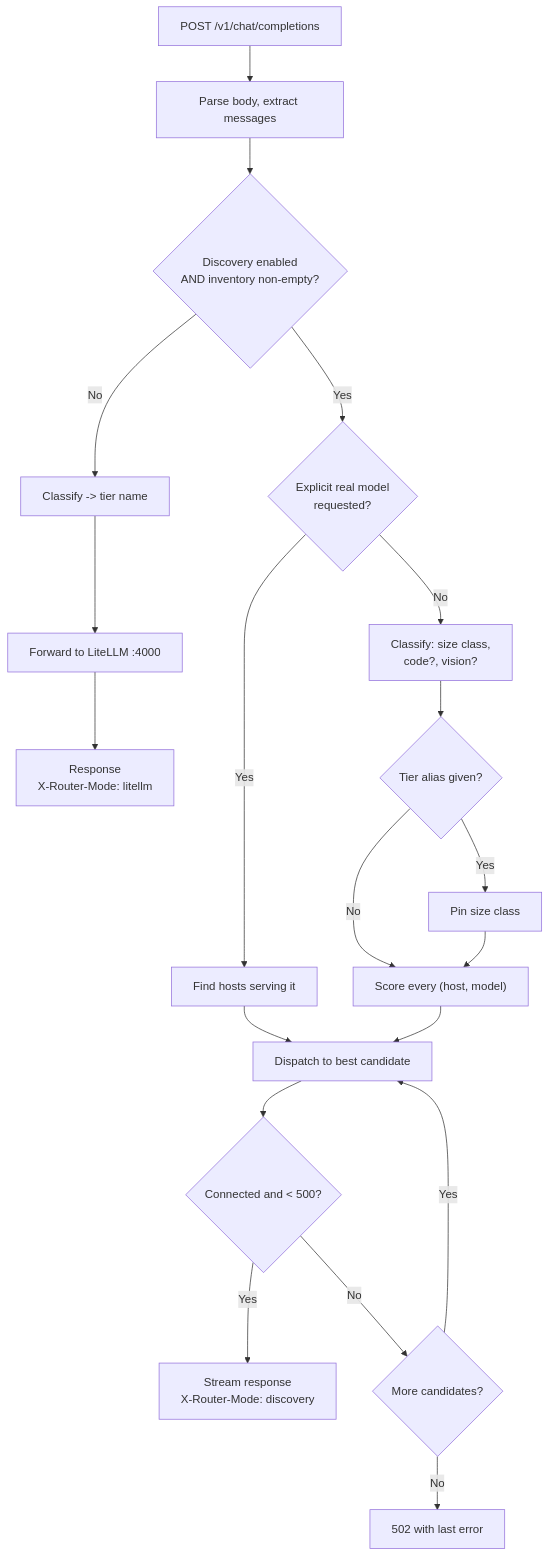
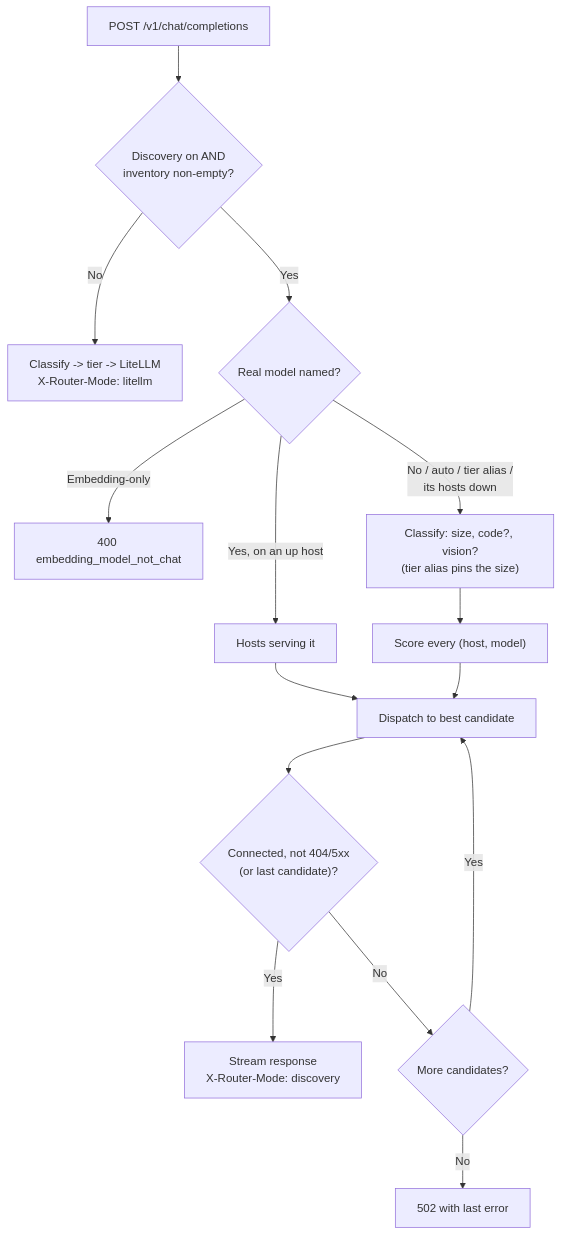
One commit to wwarren/osr changed the third of 4 diagrams in ARCHITECTURE.md. Above: the diagram before and after it, drawn with Mermaid. The commit also changed other lines of this file and 55 other files, not shown here.

````diff
--- a/ARCHITECTURE.md
+++ b/ARCHITECTURE.md
@@ -220,23 +204,17 @@
 ```mermaid
 flowchart TD
-    start["POST /v1/chat/completions"] --> parse["Parse body, extract messages"]
-    parse --> disc{"Discovery enabled<br/>AND inventory non-empty?"}
-    disc -->|No| legacy["Classify -> tier name"]
-    legacy --> lite["Forward to LiteLLM :4000"]
-    lite --> resp["Response<br/>X-Router-Mode: litellm"]
-
-    disc -->|Yes| named{"Explicit real model<br/>requested?"}
-    named -->|Yes| findhost["Find hosts serving it"]
-    named -->|No| classify["Classify: size class,<br/>code?, vision?"]
-    classify --> alias{"Tier alias given?"}
-    alias -->|Yes| pin["Pin size class"]
-    alias -->|No| rank
-    pin --> rank["Score every (host, model)"]
-    findhost --> dispatch
+    start["POST /v1/chat/completions"] --> disc{"Discovery on AND<br/>inventory non-empty?"}
+    disc -->|No| lite["Classify -> tier -> LiteLLM<br/>X-Router-Mode: litellm"]
+    disc -->|Yes| named{"Real model named?"}
+    named -->|"Yes, on an up host"| hosts["Hosts serving it"]
+    named -->|"Embedding-only"| e400["400 embedding_model_not_chat"]
+    named -->|"No / auto / tier alias /<br/>its hosts down"| classify["Classify: size, code?, vision?<br/>(tier alias pins the size)"]
+    classify --> rank["Score every (host, model)"]
+    hosts --> dispatch
     rank --> dispatch["Dispatch to best candidate"]
-    dispatch --> ok{"Connected and < 500?"}
-    ok -->|Yes| resp2["Stream response<br/>X-Router-Mode: discovery"]
+    dispatch --> ok{"Connected, not 404/5xx<br/>(or last candidate)?"}
+    ok -->|Yes| resp["Stream response<br/>X-Router-Mode: discovery"]
     ok -->|No| next{"More candidates?"}
     next -->|Yes| dispatch
     next -->|No| err["502 with last error"]
 ```
````
